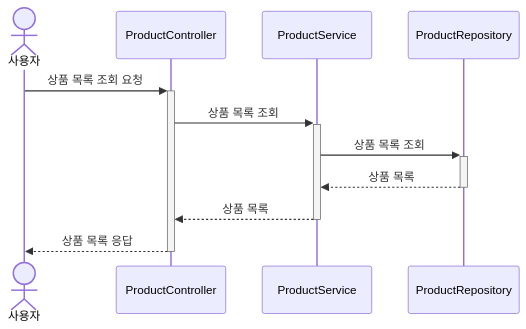
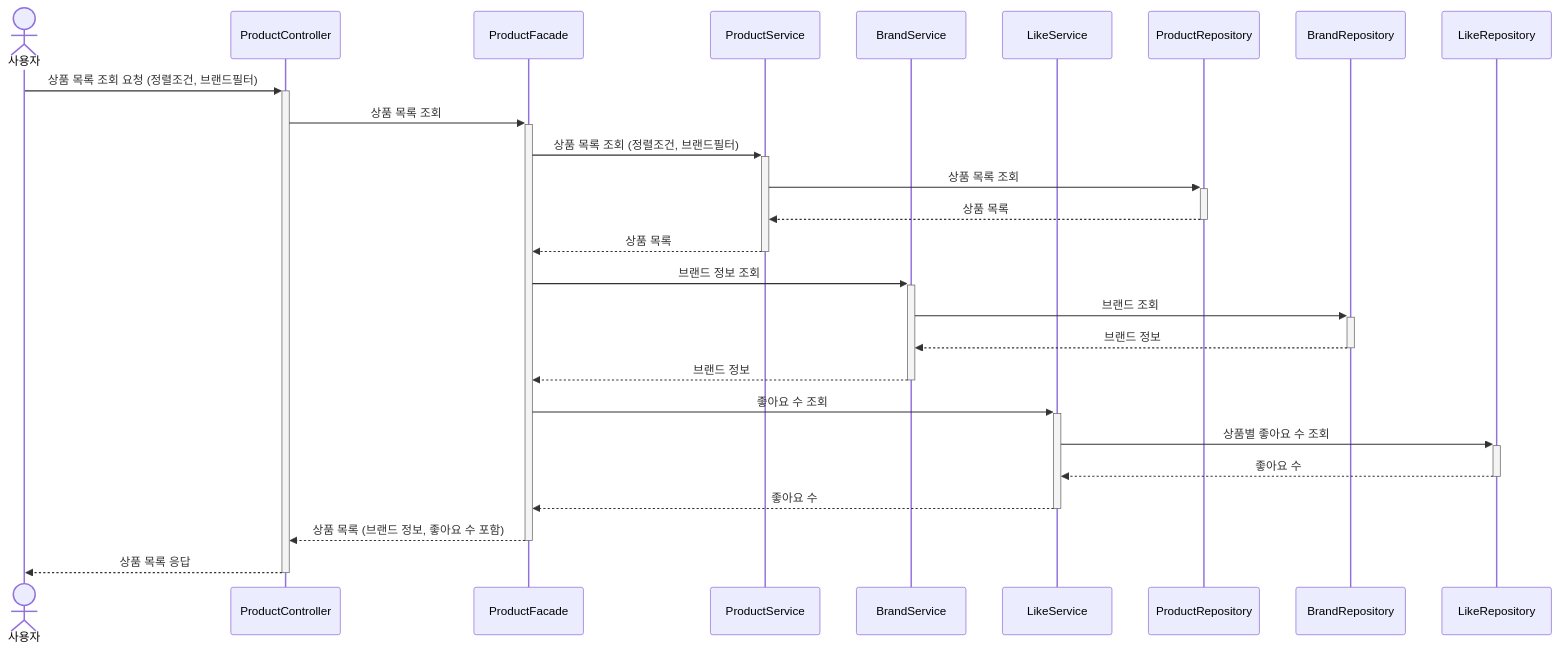
One commit to kimjunyoung90/loop-pack-be-l2-vol3-java changed the eighth of 31 diagrams in docs/design/02-sequence-diagrams.md. Above: the diagram before and after it, drawn with Mermaid. The commit also changed other lines of this file and 22 other files, not shown here.

````diff
--- a/docs/design/02-sequence-diagrams.md
+++ b/docs/design/02-sequence-diagrams.md
@@ -271,14 +271,33 @@
 ```mermaid
 sequenceDiagram
     actor User as 사용자
     participant PC as ProductController
+    participant PF as ProductFacade
     participant PS as ProductService
+    participant BS as BrandService
+    participant LS as LikeService
     participant PR as ProductRepository
+    participant BR as BrandRepository
+    participant LR as LikeRepository
 
-    User->>+PC: 상품 목록 조회 요청
-    PC->>+PS: 상품 목록 조회
+    User->>+PC: 상품 목록 조회 요청 (정렬조건, 브랜드필터)
+    PC->>+PF: 상품 목록 조회
+
+    PF->>+PS: 상품 목록 조회 (정렬조건, 브랜드필터)
     PS->>+PR: 상품 목록 조회
     PR-->>-PS: 상품 목록
-    PS-->>-PC: 상품 목록
+    PS-->>-PF: 상품 목록
+
+    PF->>+BS: 브랜드 정보 조회
+    BS->>+BR: 브랜드 조회
+    BR-->>-BS: 브랜드 정보
+    BS-->>-PF: 브랜드 정보
+
+    PF->>+LS: 좋아요 수 조회
+    LS->>+LR: 상품별 좋아요 수 조회
+    LR-->>-LS: 좋아요 수
+    LS-->>-PF: 좋아요 수
+
+    PF-->>-PC: 상품 목록 (브랜드 정보, 좋아요 수 포함)
     PC-->>-User: 상품 목록 응답
 ```
````
